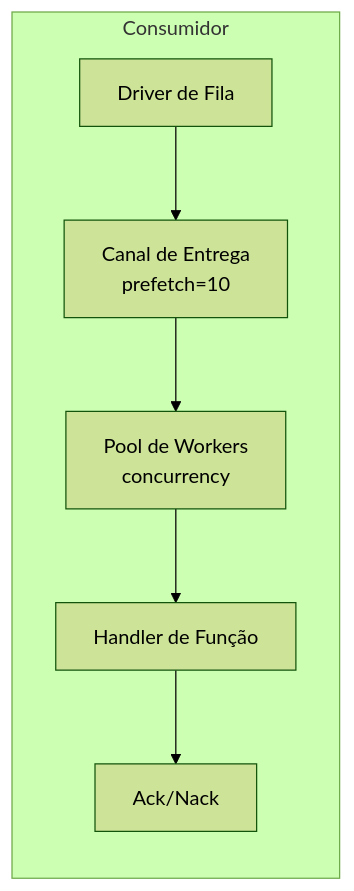
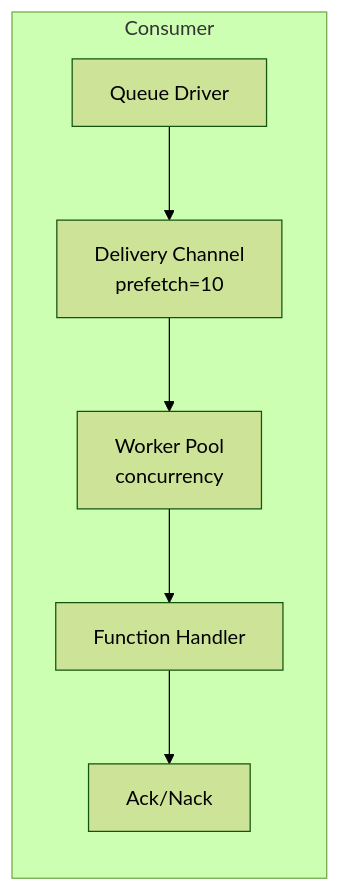
The diagram in pt/guides/queue-consumers.md (wippyai/docs), drawn with Mermaid (forest theme) before and after one commit. The commit also changed other lines of this file and 870 other files, not shown here.

````diff
--- a/pt/guides/queue-consumers.md
+++ b/pt/guides/queue-consumers.md
@@ -12,9 +12,9 @@
 ```mermaid
 flowchart LR
-    subgraph Consumer[Consumidor]
-        QD[Driver de Fila] --> DC[Canal de Entrega<br/>prefetch=10]
-        DC --> WP[Pool de Workers<br/>concurrency]
-        WP --> FH[Handler de Função]
+    subgraph Consumer
+        QD[Queue Driver] --> DC[Delivery Channel<br/>prefetch=10]
+        DC --> WP[Worker Pool<br/>concurrency]
+        WP --> FH[Function Handler]
         FH --> AN[Ack/Nack]
     end
 ```
````
